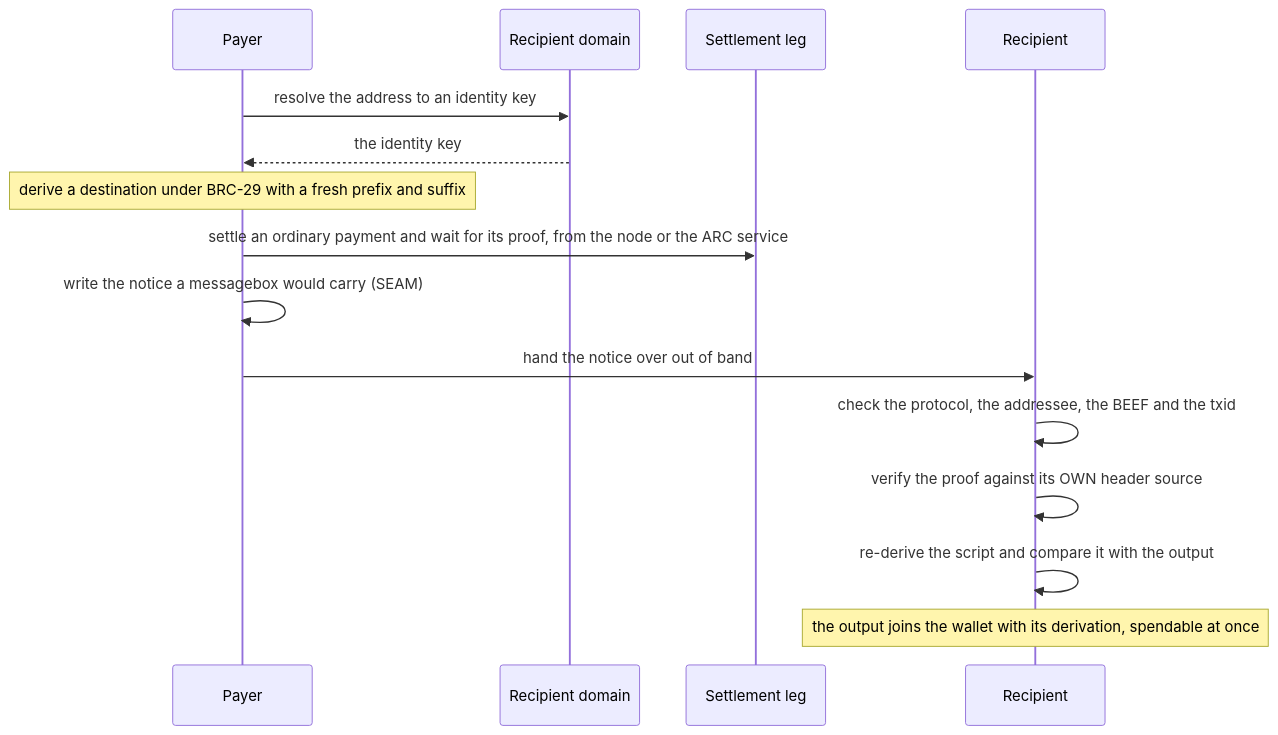
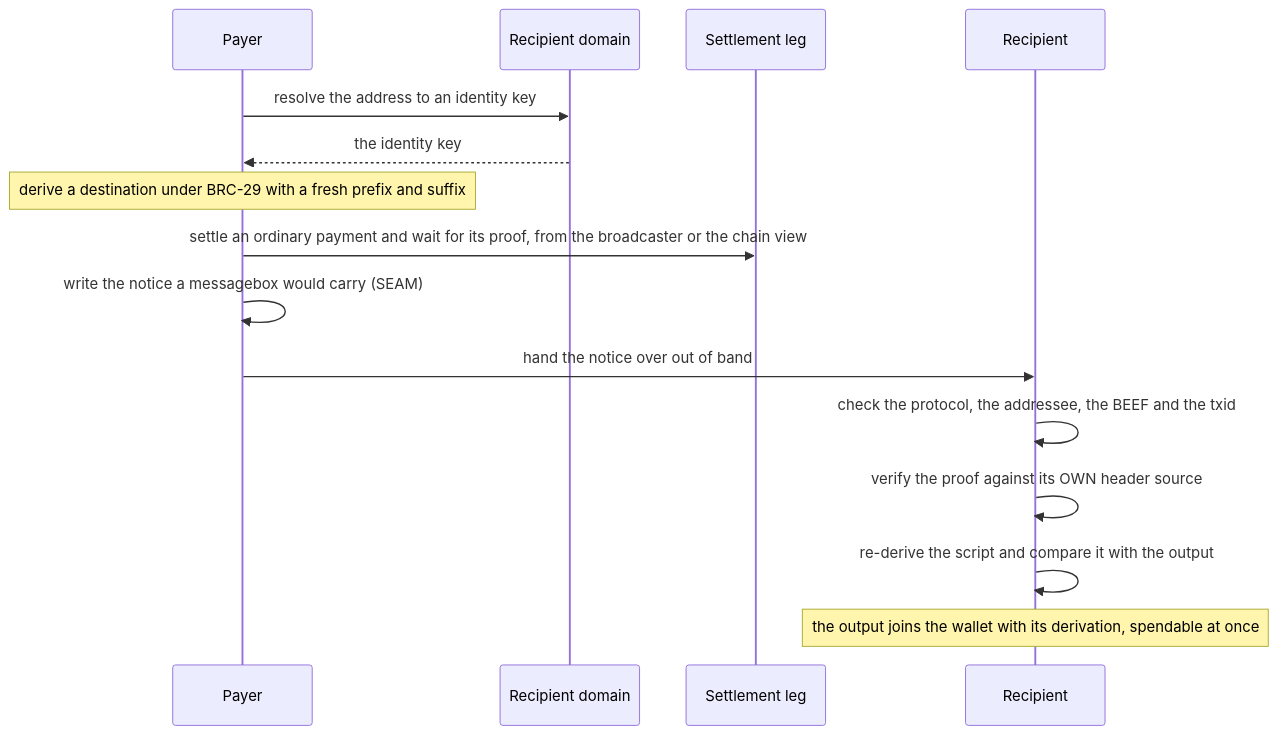
Diagram 18 of 19 in docs/flows.md (lightwebinc/bfinger), drawn with Mermaid before and after one commit. The commit also changed other lines of this file and 10 other files, not shown here.

````diff
--- a/docs/flows.md
+++ b/docs/flows.md
@@ -564,17 +570,17 @@
 ```mermaid
 sequenceDiagram
   participant A as Payer
   participant D as Recipient domain
   participant N as Settlement leg
   participant B as Recipient
   A->>D: resolve the address to an identity key
   D-->>A: the identity key
   Note over A: derive a destination under BRC-29 with a fresh prefix and suffix
-  A->>N: settle an ordinary payment and wait for its proof, from the node or the ARC service
+  A->>N: settle an ordinary payment and wait for its proof, from the broadcaster or the chain view
   A->>A: write the notice a messagebox would carry (SEAM)
   A->>B: hand the notice over out of band
   B->>B: check the protocol, the addressee, the BEEF and the txid
   B->>B: verify the proof against its OWN header source
   B->>B: re-derive the script and compare it with the output
   Note over B: the output joins the wallet with its derivation, spendable at once
 ```
````
